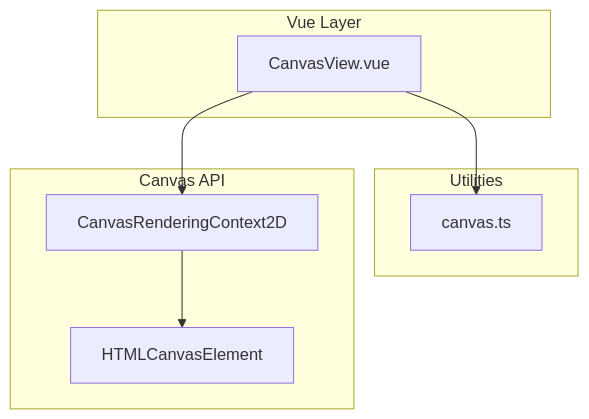
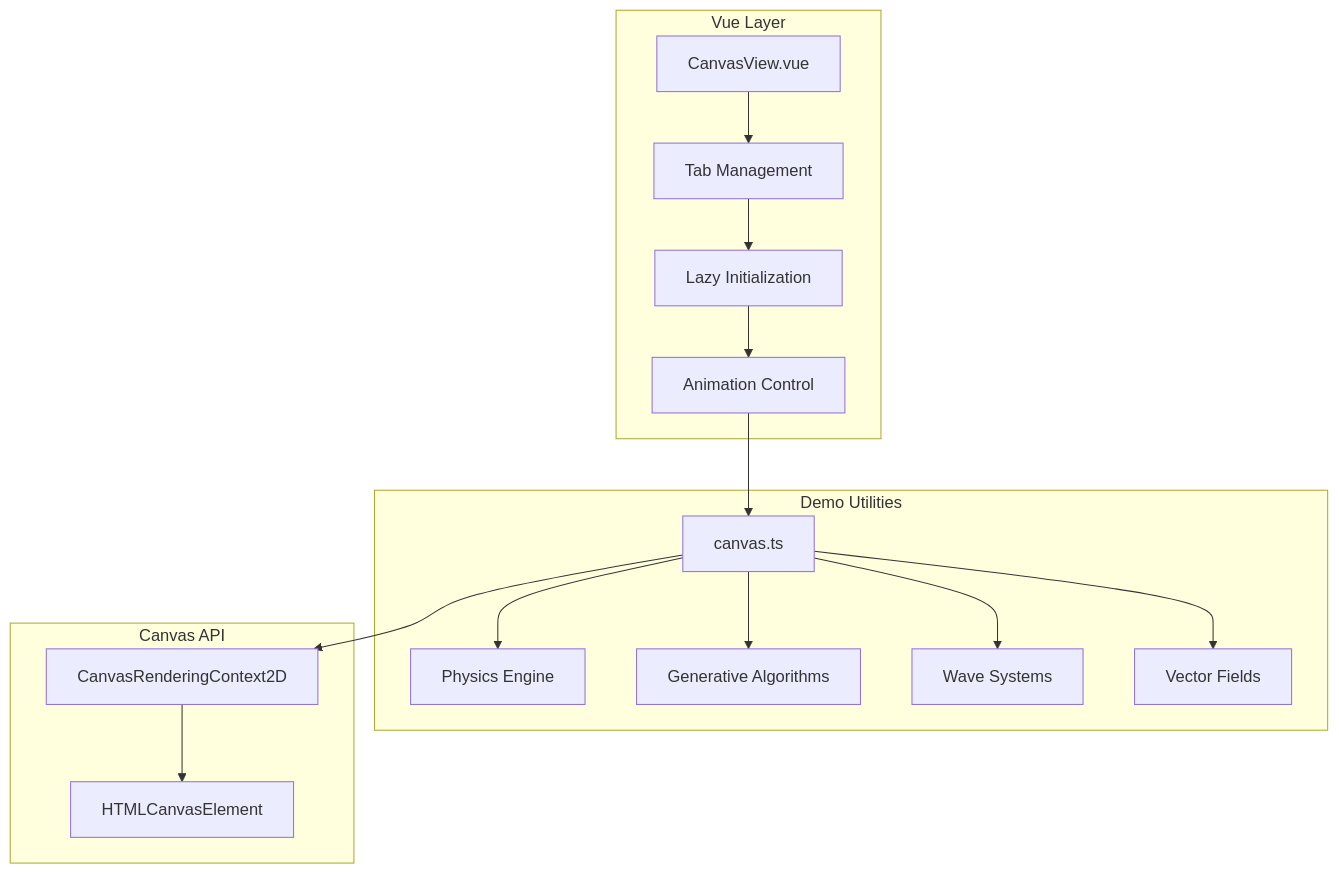
The first of 7 diagrams in .qoder/repowiki/en/content/Interactive Applications/Canvas Drawing System.md (adminfyy/adminfyy.github.io), drawn with Mermaid before and after one commit. The commit also changed other lines of this file and 34 other files, not shown here.

````diff
--- a/.qoder/repowiki/en/content/Interactive Applications/Canvas Drawing System.md
+++ b/.qoder/repowiki/en/content/Interactive Applications/Canvas Drawing System.md
@@ -32,16 +44,30 @@
 ```mermaid
 graph TB
 subgraph "Vue Layer"
 CV["CanvasView.vue"]
+TAB["Tab Management"]
+LAZY["Lazy Initialization"]
+ANIM["Animation Control"]
 end
-subgraph "Utilities"
+subgraph "Demo Utilities"
 CU["canvas.ts"]
+PHYS["Physics Engine"]
+GEN["Generative Algorithms"]
+WAVE["Wave Systems"]
+FLOW["Vector Fields"]
 end
 subgraph "Canvas API"
 CTX["CanvasRenderingContext2D"]
 CANVAS["HTMLCanvasElement"]
 end
-CV --> CU
-CV --> CTX
+CV --> TAB
+TAB --> LAZY
+LAZY --> ANIM
+ANIM --> CU
+CU --> PHYS
+CU --> GEN
+CU --> WAVE
+CU --> FLOW
+CU --> CTX
 CTX --> CANVAS
 ```
````
